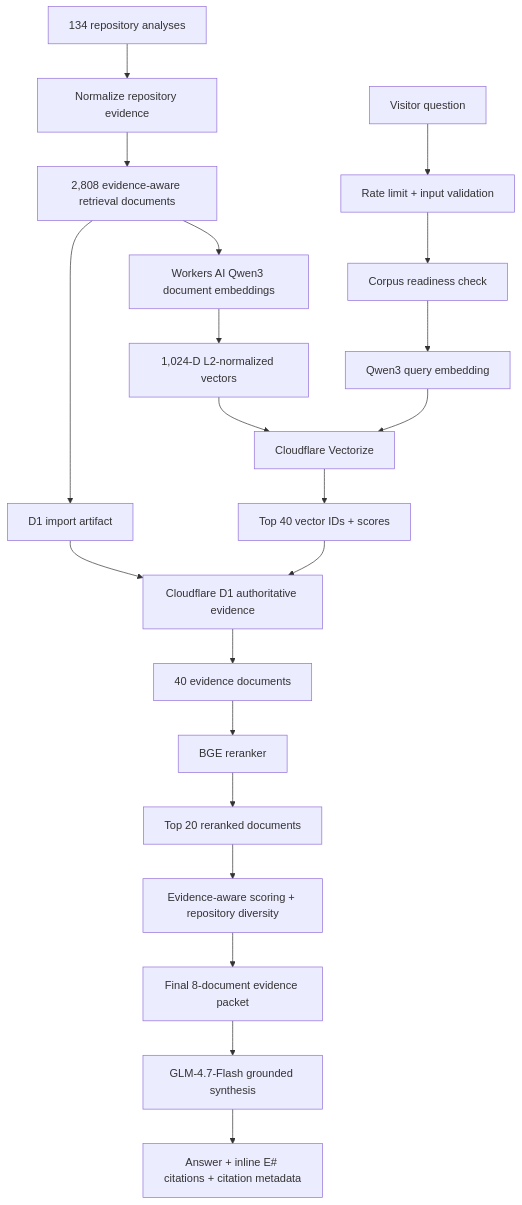
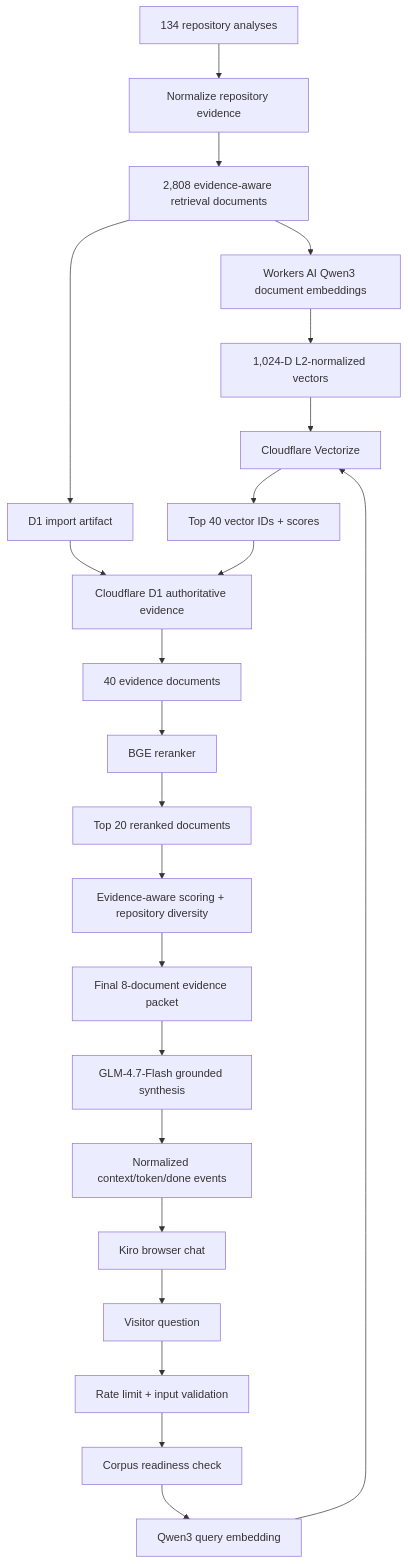
One commit to kirolossedra/my-portfolio changed the diagram in docs/rag/production-architecture.md. Above: the diagram before and after it, drawn with Mermaid. The commit also changed other lines of this file and 2 other files, not shown here.

Commit message:
docs(rag): document deployed Kiro chat frontend

````diff
--- a/docs/rag/production-architecture.md
+++ b/docs/rag/production-architecture.md
@@ -37,24 +41,26 @@
 ```mermaid
 flowchart TD
     A[134 repository analyses] --> B[Normalize repository evidence]
     B --> C[2,808 evidence-aware retrieval documents]
     C --> D[Workers AI Qwen3 document embeddings]
     D --> E[1,024-D L2-normalized vectors]
     E --> V[Cloudflare Vectorize]
     C --> SQL[D1 import artifact]
     SQL --> DB[Cloudflare D1 authoritative evidence]
 
-    Q[Visitor question] --> RL[Rate limit + input validation]
+    UI[Kiro browser chat] --> Q[Visitor question]
+    Q --> RL[Rate limit + input validation]
     RL --> CQ[Corpus readiness check]
     CQ --> QE[Qwen3 query embedding]
     QE --> V
     V --> T40[Top 40 vector IDs + scores]
     T40 --> DB
     DB --> C40[40 evidence documents]
     C40 --> RR[BGE reranker]
     RR --> T20[Top 20 reranked documents]
     T20 --> ES[Evidence-aware scoring + repository diversity]
     ES --> T8[Final 8-document evidence packet]
     T8 --> G[GLM-4.7-Flash grounded synthesis]
-    G --> OUT[Answer + inline E# citations + citation metadata]
+    G --> SSE[Normalized context/token/done events]
+    SSE --> UI
 ```
````
